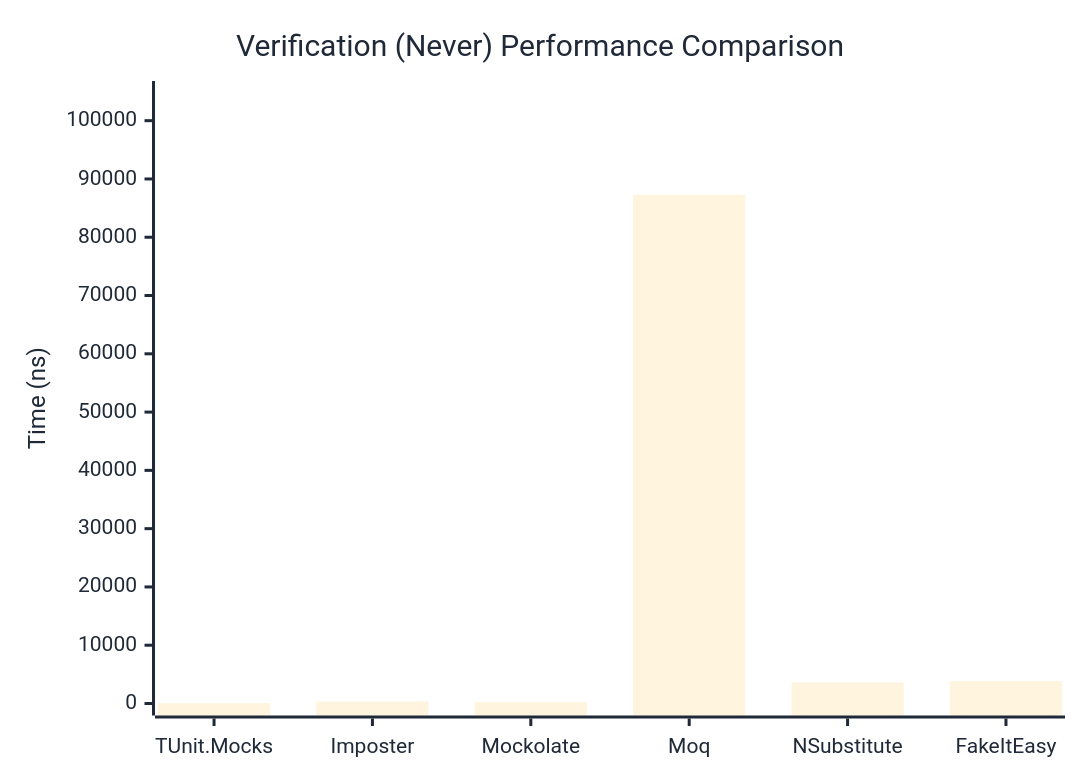
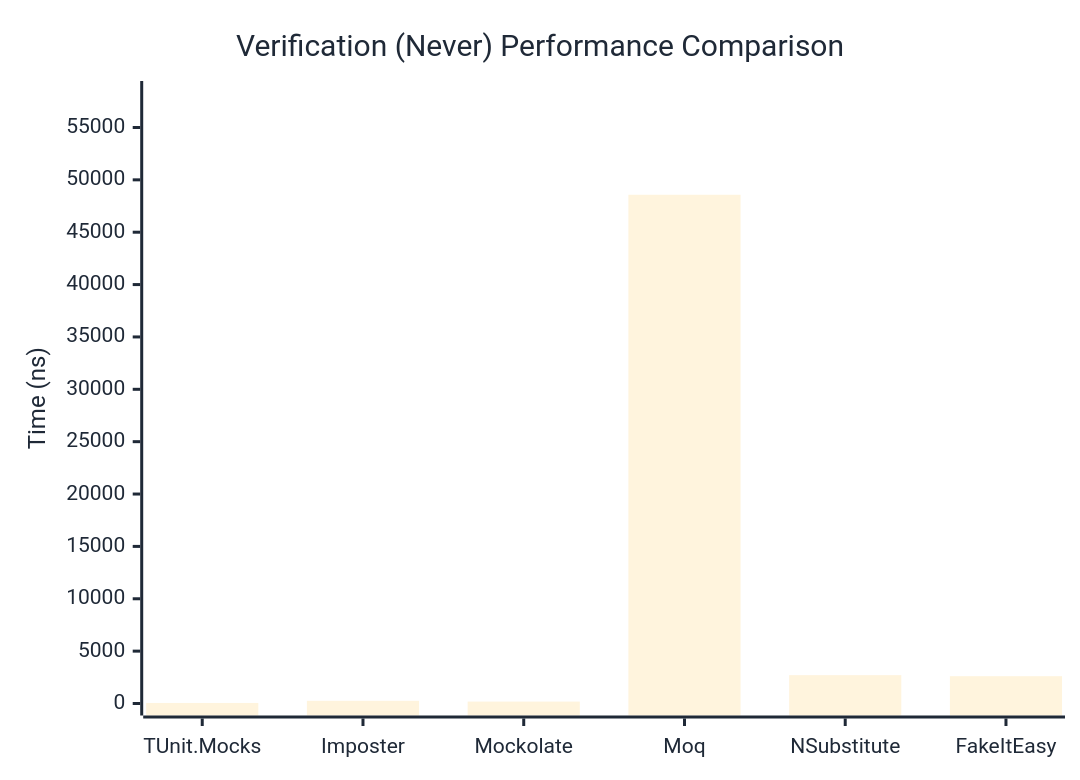
One commit to thomhurst/TUnit changed the second of 3 diagrams in docs/docs/benchmarks/mocks/Verification.md. Above: the diagram before and after it, drawn with Mermaid. The commit also changed other lines of this file and 14 other files, not shown here.

````diff
--- a/docs/docs/benchmarks/mocks/Verification.md
+++ b/docs/docs/benchmarks/mocks/Verification.md
@@ -69,27 +69,27 @@
 ```mermaid
 %%{init: {
   'theme':'base',
   'themeVariables': {
     'primaryColor': '#2563eb',
     'primaryTextColor': '#1f2937',
     'primaryBorderColor': '#1e40af',
     'lineColor': '#6b7280',
     'secondaryColor': '#7c3aed',
     'tertiaryColor': '#dc2626',
     'background': '#ffffff',
     'pie1': '#2563eb',
     'pie2': '#7c3aed',
     'pie3': '#dc2626',
     'pie4': '#f59e0b',
     'pie5': '#10b981',
     'pie6': '#06b6d4',
     'pie7': '#ec4899',
     'pie8': '#6366f1'
   }
 }}%%
 xychart-beta
   title "Verification (Never) Performance Comparison"
   x-axis ["TUnit.Mocks", "Imposter", "Mockolate", "Moq", "NSubstitute", "FakeItEasy"]
-  y-axis "Time (ns)" 0 --> 104748
-  bar [53.7, 340.83, 217.67, 87289.64, 3600.73, 3845.23]
+  y-axis "Time (ns)" 0 --> 58292
+  bar [52.34, 254.96, 183.21, 48576.3, 2706.91, 2607.87]
 ```
````
